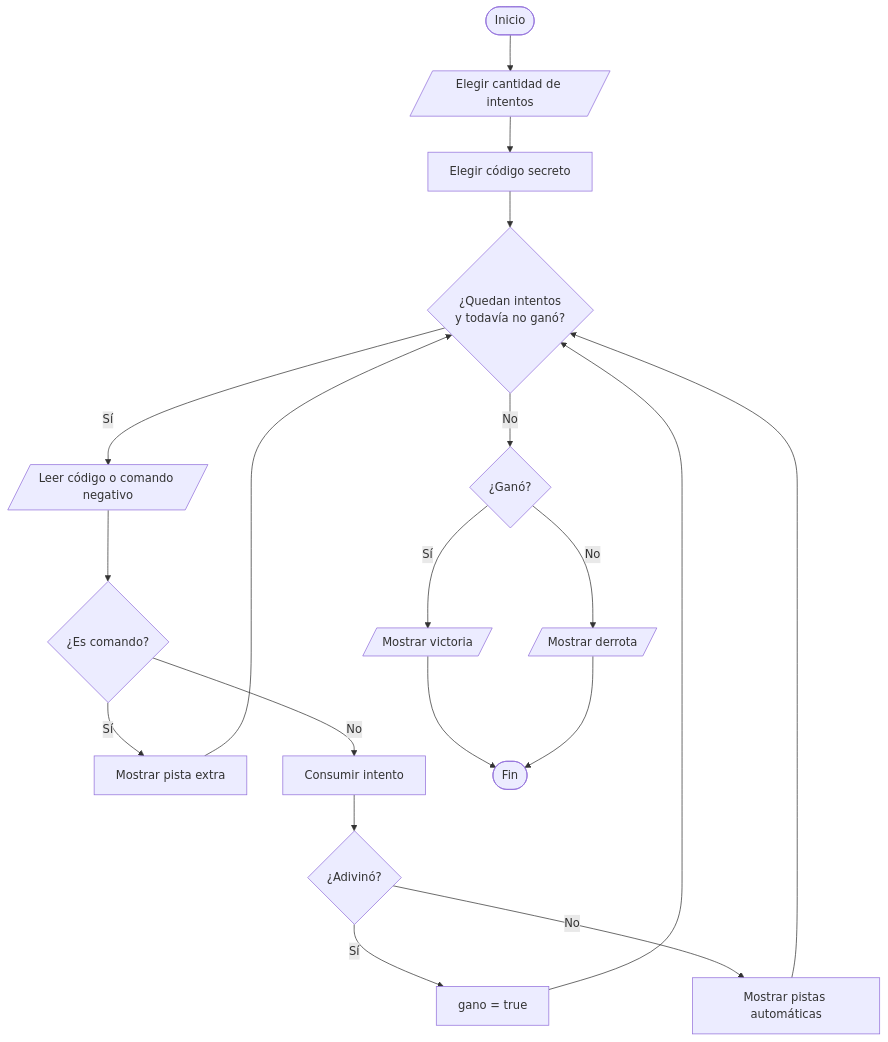
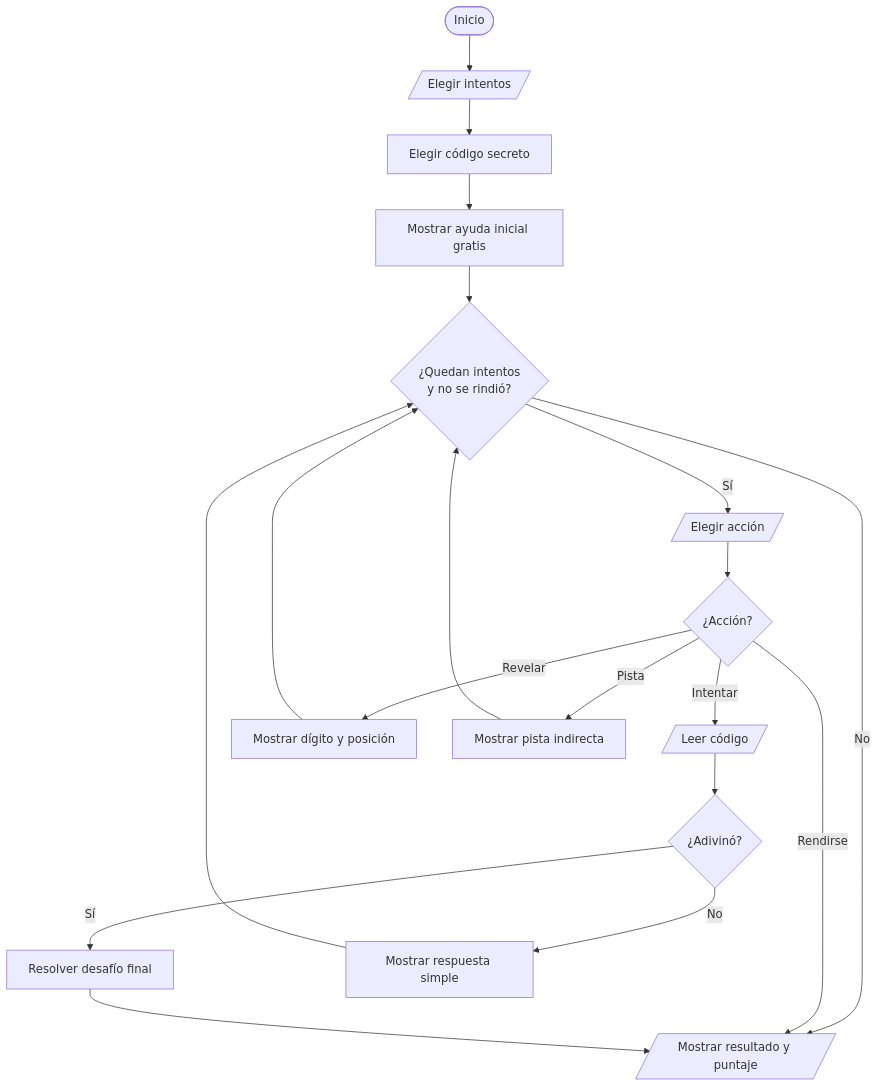
One commit to cesarszv/sis111-finalproject changed the diagram in codigo.md. Above: the diagram before and after it, drawn with Mermaid. The commit also changed other lines of this file and 18 other files, not shown here.

````diff
--- a/codigo.md
+++ b/codigo.md
@@ -145,21 +172,21 @@
 ```mermaid
 flowchart TD
-    A([Inicio]) --> B[/Elegir cantidad de intentos/]
+    A([Inicio]) --> B[/Elegir intentos/]
     B --> C[Elegir código secreto]
-    C --> D{¿Quedan intentos<br/>y todavía no ganó?}
-    D -- No --> K{¿Ganó?}
-    D -- Sí --> E[/Leer código o comando negativo/]
-    E --> F{¿Es comando?}
-    F -- Sí --> G[Mostrar pista extra]
-    G --> D
-    F -- No --> H[Consumir intento]
+    C --> D[Mostrar ayuda inicial gratis]
+    D --> E{¿Quedan intentos<br/>y no se rindió?}
+    E -- No --> M[/Mostrar resultado y puntaje/]
+    E -- Sí --> F[/Elegir acción/]
+    F --> G{¿Acción?}
+    G -- Intentar --> H[/Leer código/]
     H --> I{¿Adivinó?}
-    I -- Sí --> J[gano = true]
-    I -- No --> L[Mostrar pistas automáticas]
-    J --> D
-    L --> D
-    K -- Sí --> M[/Mostrar victoria/]
-    K -- No --> N[/Mostrar derrota/]
-    M --> O([Fin])
-    N --> O
+    I -- Sí --> J[Resolver desafío final]
+    I -- No --> K[Mostrar respuesta simple]
+    G -- Revelar --> L[Mostrar dígito y posición]
+    G -- Pista --> N[Mostrar pista indirecta]
+    G -- Rendirse --> M
+    J --> M
+    K --> E
+    L --> E
+    N --> E
 ```
````
